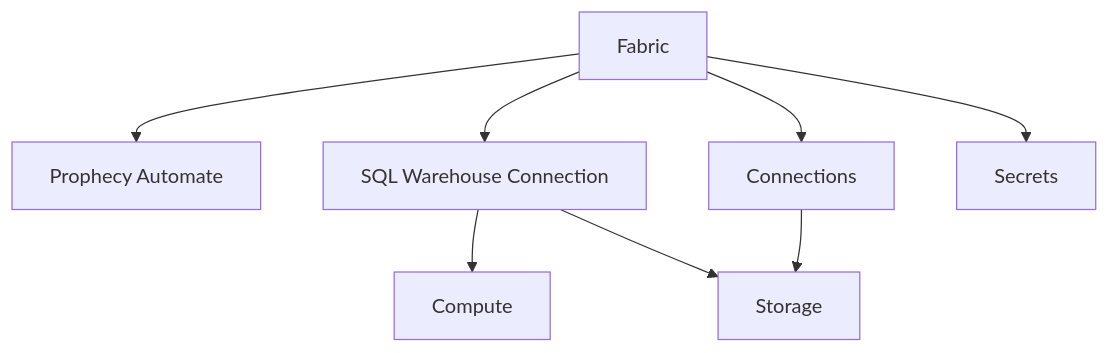
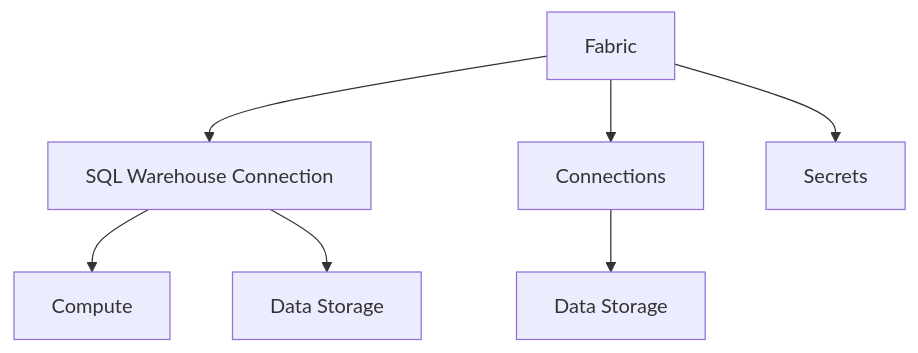
The diagram in data-analytics/environment/fabrics/prophecy-fabrics.mdx (prophecy-io/prophecy-docs), drawn with Mermaid before and after one commit. The commit also changed other lines of this file, not shown here.

Commit message:
Remove prophecy automate from fabric components

````diff
--- a/data-analytics/environment/fabrics/prophecy-fabrics.mdx
+++ b/data-analytics/environment/fabrics/prophecy-fabrics.mdx
@@ -30,10 +38,9 @@
 ```mermaid
 flowchart TD
-    A[Fabric] --> B[Prophecy Automate]
-    A --> C[SQL Warehouse Connection]
+    A[Fabric]  --> C[SQL Warehouse Connection]
     A --> D[Connections]
     A --> E[Secrets]
     C --> F[Compute]
-    C --> G[Storage]
-    D --> G
+    C --> G[Data Storage]
+    D --> H[Data Storage]
 ```
````
